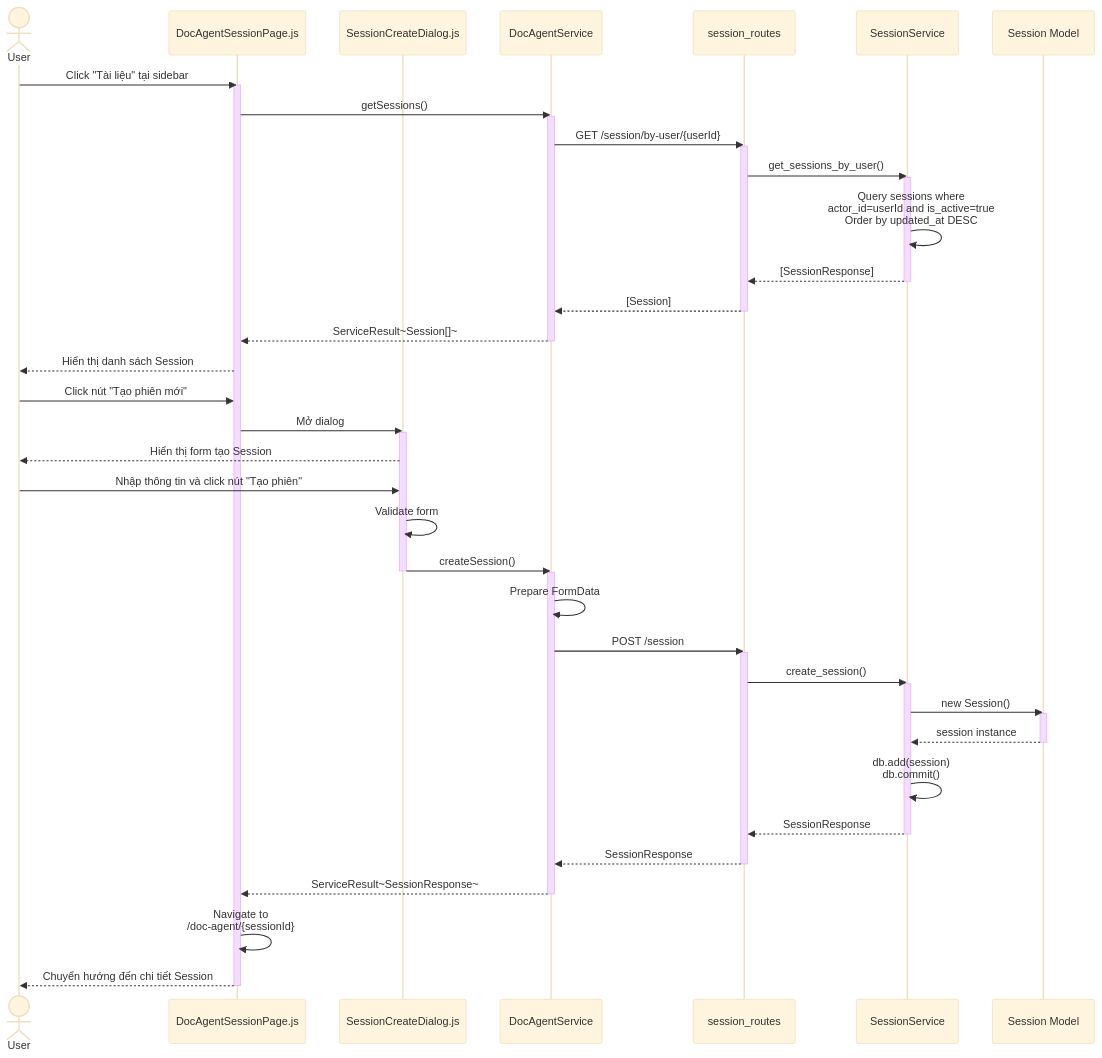
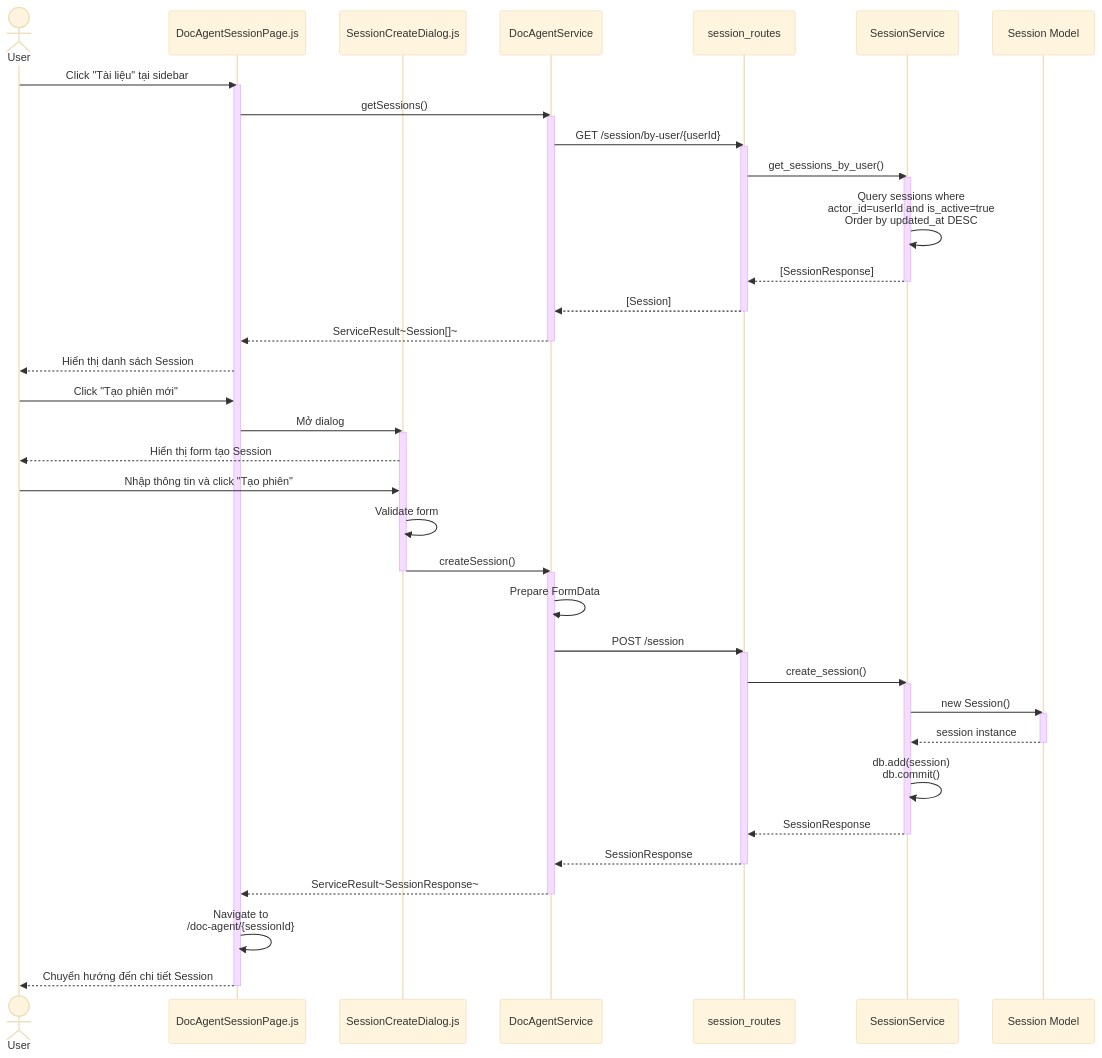
Before and after one commit to mduc-2610/gp_doc: the second of 4 diagrams in session/4_session_management_seq.md, drawn with Mermaid (base theme). The commit also changed other lines of this file and 39 other files, not shown here.

Commit message:
add session sequence

````diff
--- a/session/4_session_management_seq.md
+++ b/session/4_session_management_seq.md
@@ -45,67 +45,67 @@
 ```mermaid
 sequenceDiagram
     actor User
     participant DocAgentSessionPage as DocAgentSessionPage.js
     participant SessionCreateDialog as SessionCreateDialog.js
     participant DocAgentService as DocAgentService
     participant SessionRoutes as session_routes
     participant SessionService as SessionService
     participant SessionModel as Session Model
 
     User->>DocAgentSessionPage: Click "Tài liệu" tại sidebar
     activate DocAgentSessionPage
     
     DocAgentSessionPage->>DocAgentService: getSessions()
     activate DocAgentService
     DocAgentService->>SessionRoutes: GET /session/by-user/{userId}
     activate SessionRoutes
     SessionRoutes->>SessionService: get_sessions_by_user()
     activate SessionService
     SessionService->>SessionService: Query sessions where<br/>actor_id=userId and is_active=true<br/>Order by updated_at DESC
     SessionService-->>SessionRoutes: [SessionResponse]
     deactivate SessionService
     SessionRoutes-->>DocAgentService: [Session]
     deactivate SessionRoutes
     DocAgentService-->>DocAgentSessionPage: ServiceResult~Session[]~
     deactivate DocAgentService
     
     DocAgentSessionPage-->>User: Hiển thị danh sách Session
     
-    User->>DocAgentSessionPage: Click nút "Tạo phiên mới"
+    User->>DocAgentSessionPage: Click "Tạo phiên mới"
     
     DocAgentSessionPage->>SessionCreateDialog: Mở dialog
     activate SessionCreateDialog
     SessionCreateDialog-->>User: Hiển thị form tạo Session
     
-    User->>SessionCreateDialog: Nhập thông tin và click nút "Tạo phiên"
+    User->>SessionCreateDialog: Nhập thông tin và click "Tạo phiên"
     SessionCreateDialog->>SessionCreateDialog: Validate form
     SessionCreateDialog->>DocAgentService: createSession()
     deactivate SessionCreateDialog
     activate DocAgentService
     
     DocAgentService->>DocAgentService: Prepare FormData
     DocAgentService->>SessionRoutes: POST /session
     activate SessionRoutes
     
     SessionRoutes->>SessionService: create_session()
     activate SessionService
     
     SessionService->>SessionModel: new Session()
     activate SessionModel
     SessionModel-->>SessionService: session instance
     deactivate SessionModel
     
     SessionService->>SessionService: db.add(session)<br/>db.commit()
     SessionService-->>SessionRoutes: SessionResponse
     deactivate SessionService
     
     SessionRoutes-->>DocAgentService: SessionResponse
     deactivate SessionRoutes
     
     DocAgentService-->>DocAgentSessionPage: ServiceResult~SessionResponse~
     deactivate DocAgentService
     
     DocAgentSessionPage->>DocAgentSessionPage: Navigate to<br/>/doc-agent/{sessionId}
     DocAgentSessionPage-->>User: Chuyển hướng đến chi tiết Session
     deactivate DocAgentSessionPage
 ```
````
